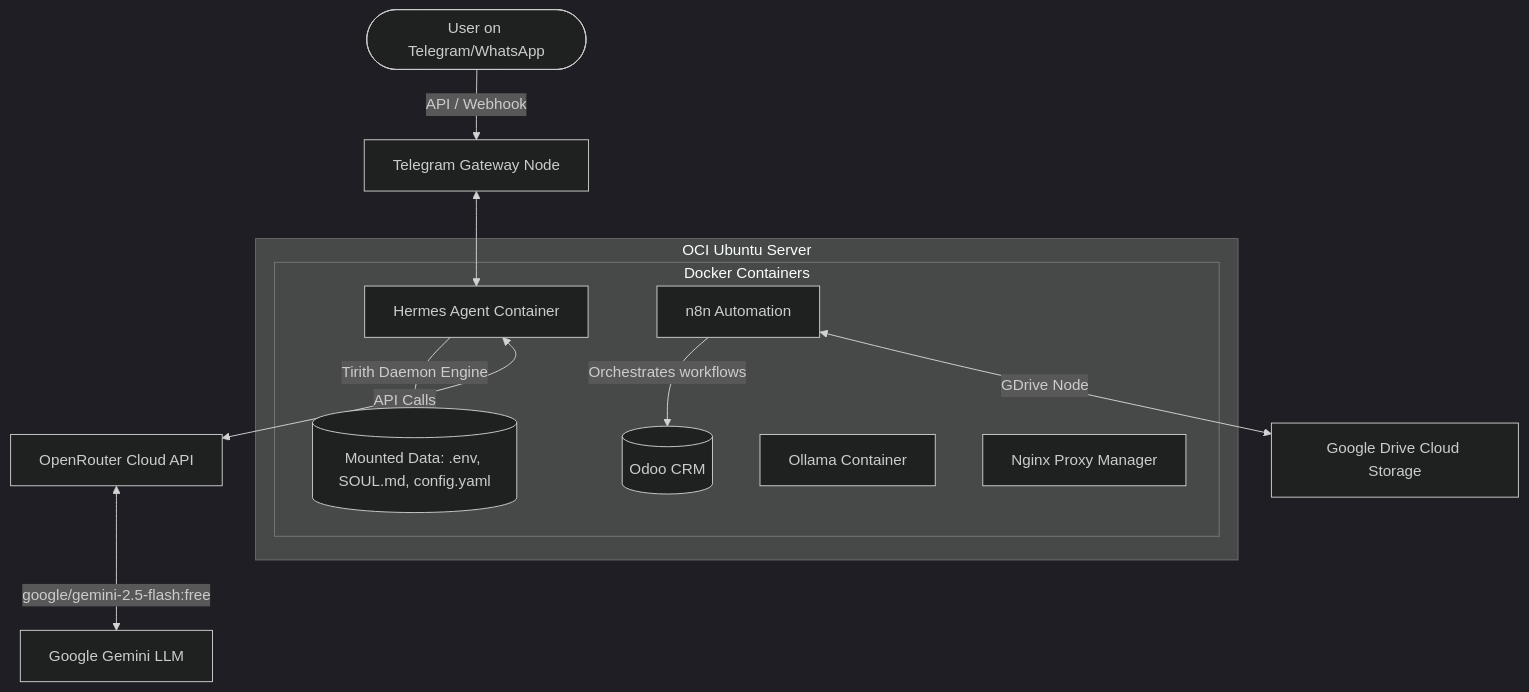
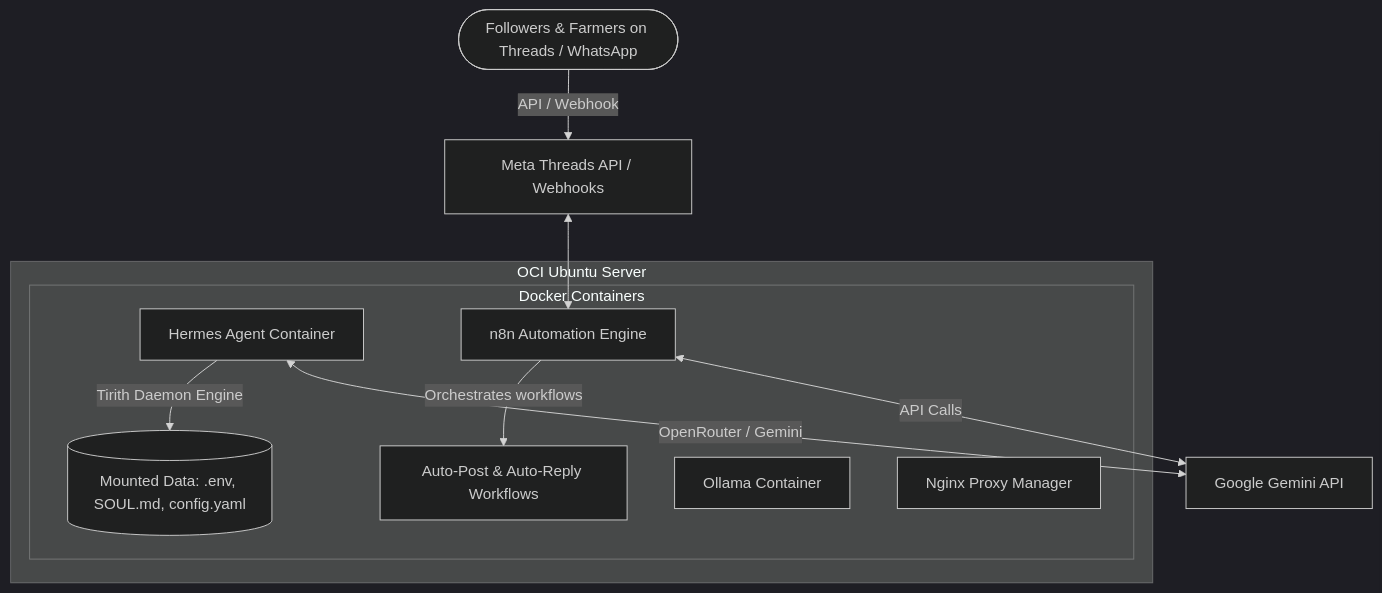
Before and after one commit to duap00/agentic-ai-workspace: the diagram in README.md, drawn with Mermaid (dark theme). The commit also changed other lines of this file and 8 other files, not shown here.

Commit message:
feat(threads): add KebunData Threads auto-post, two-tier auto-reply engine, and n8n blueprints

````diff
--- a/README.md
+++ b/README.md
@@ -28,18 +26,17 @@
 ```mermaid
 graph TD
-    User([User on Telegram/WhatsApp]) -->|API / Webhook| TelegramGW[Telegram Gateway Node]
+    User([Followers & Farmers on Threads / WhatsApp]) -->|API / Webhook| MetaGW[Meta Threads API / Webhooks]
     
     subgraph OCI [OCI Ubuntu Server]
         subgraph Docker [Docker Containers]
             Hermes[Hermes Agent Container] -->|Tirith Daemon Engine| LocalData[(Mounted Data: .env, SOUL.md, config.yaml)]
-            n8n[n8n Automation] -->|Orchestrates workflows| Odoo[(Odoo CRM)]
+            n8n[n8n Automation Engine] -->|Orchestrates workflows| Workflows[Auto-Post & Auto-Reply Workflows]
             Ollama[Ollama Container]
             Nginx[Nginx Proxy Manager]
         end
     end
     
-    TelegramGW <--> Hermes
-    Hermes <-->|API Calls| OpenRouter[OpenRouter Cloud API]
-    OpenRouter <-->|google/gemini-2.5-flash:free| Gemini[Google Gemini LLM]
-    n8n <-->|GDrive Node| GDrive[Google Drive Cloud Storage]
+    MetaGW <--> n8n
+    n8n <-->|API Calls| Gemini[Google Gemini API]
+    Hermes <-->|OpenRouter / Gemini| Gemini
 ```
````
